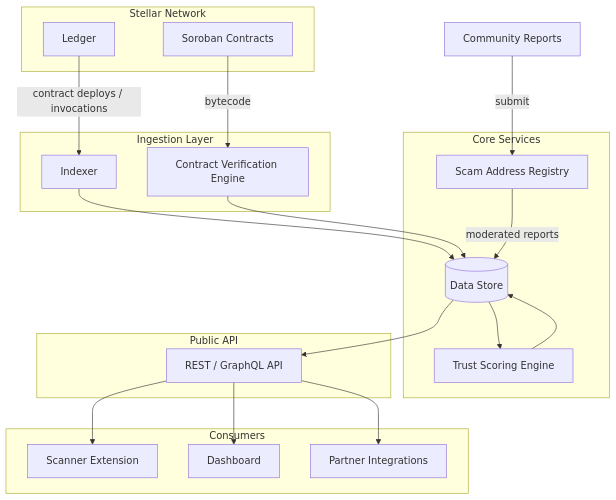
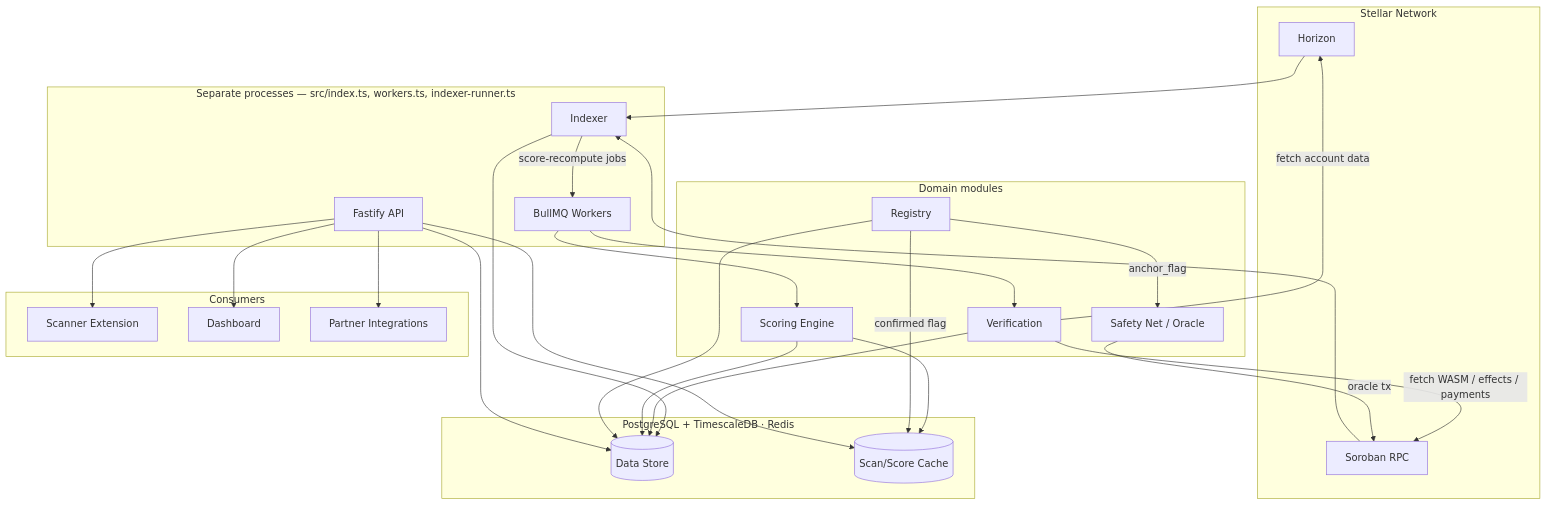
The diagram in README.md (Astraguard/Backend), drawn with Mermaid before and after one commit. The commit also changed other lines of this file, not shown here.

````diff
--- a/README.md
+++ b/README.md
@@ -21,44 +21,56 @@
 ```mermaid
 graph TB
     subgraph Stellar["Stellar Network"]
-        LEDGER[Ledger]
-        SOROBAN[Soroban Contracts]
+        LEDGER[Horizon]
+        SOROBAN[Soroban RPC]
     end
 
-    subgraph Ingestion["Ingestion Layer"]
+    subgraph Processes["Separate processes — src/index.ts, workers.ts, indexer-runner.ts"]
         IDX[Indexer]
-        CVE[Contract Verification Engine]
+        API[Fastify API]
+        WRK[BullMQ Workers]
     end
 
-    subgraph Core["Core Services"]
-        TS[Trust Scoring Engine]
-        REG[Scam Address Registry]
-        DB[(Data Store)]
+    subgraph Core["Domain modules"]
+        VER[Verification]
+        SCORE[Scoring Engine]
+        REG[Registry]
+        SAFE[Safety Net / Oracle]
     end
 
-    subgraph API["Public API"]
-        REST[REST / GraphQL API]
+    subgraph Data["PostgreSQL + TimescaleDB · Redis"]
+        DB[(Data Store)]
+        CACHE[(Scan/Score Cache)]
     end
 
     subgraph Consumers
         EXT[Scanner Extension]
         DASH[Dashboard]
         PARTNERS[Partner Integrations]
     end
 
-    LEDGER -->|contract deploys / invocations| IDX
-    SOROBAN -->|bytecode| CVE
+    LEDGER --> IDX
+    SOROBAN --> IDX
     IDX --> DB
-    CVE --> DB
+    IDX -->|score-recompute jobs| WRK
 
-    COMMUNITY[Community Reports] -->|submit| REG
-    REG -->|moderated reports| DB
+    WRK --> VER
+    VER -->|fetch WASM / effects / payments| SOROBAN
+    VER -->|fetch account data| LEDGER
+    VER --> DB
 
-    DB --> TS
-    TS --> DB
+    WRK --> SCORE
+    SCORE --> DB
+    SCORE --> CACHE
 
-    DB --> REST
-    REST --> EXT
-    REST --> DASH
-    REST --> PARTNERS
+    REG --> DB
+    REG -->|confirmed flag| CACHE
+    REG -->|anchor_flag| SAFE
+    SAFE -->|oracle tx| SOROBAN
+
+    API --> DB
+    API --> CACHE
+    API --> EXT
+    API --> DASH
+    API --> PARTNERS
 ```
````
